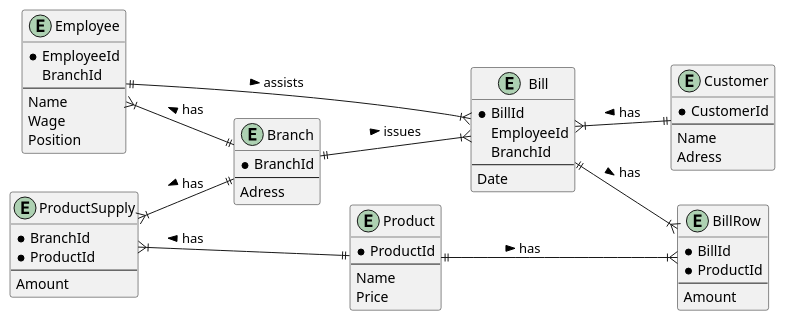
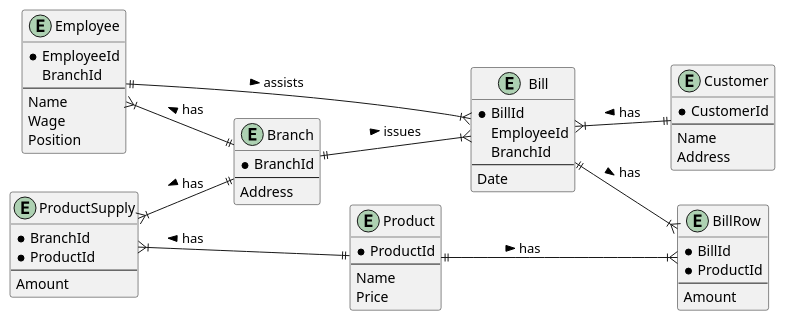
Before and after one commit to aichingert/dbi-mini: the diagram in docs/erd.puml, drawn with PlantUML. The commit also changed 3 other files, not shown here.

```diff
--- a/docs/erd.puml
+++ b/docs/erd.puml
@@ -1,57 +1,58 @@
 @startuml
 left to right direction
+
 Entity Customer {
     * CustomerId
     --
     Name
-    Adress
+    Address
 }
 Entity Employee {
     * EmployeeId
     BranchId
     --
     Name
     Wage
     Position
 }
 Entity Branch {
     * BranchId
     --
-    Adress
+    Address
 }
 Entity Product {
     * ProductId
     --
     Name
     Price
 }
 Entity ProductSupply {
     * BranchId
     * ProductId
     --
     Amount
 }
 Entity Bill {
     * BillId
     EmployeeId
     BranchId
     --
     Date
 }
 Entity BillRow {
     * BillId
     * ProductId
     --
     Amount
 }
 
 Employee ||--|{ Bill :> assists
 ProductSupply }|--|| Branch :< has
 Employee }|--|| Branch :< has
 Branch ||--|{ Bill :> issues
 Bill }|--|| Customer :< has
 Product ||--|{ BillRow :> has
 Bill ||--|{ BillRow :> has
 ProductSupply }|--|| Product :< has
 
 @enduml
```
